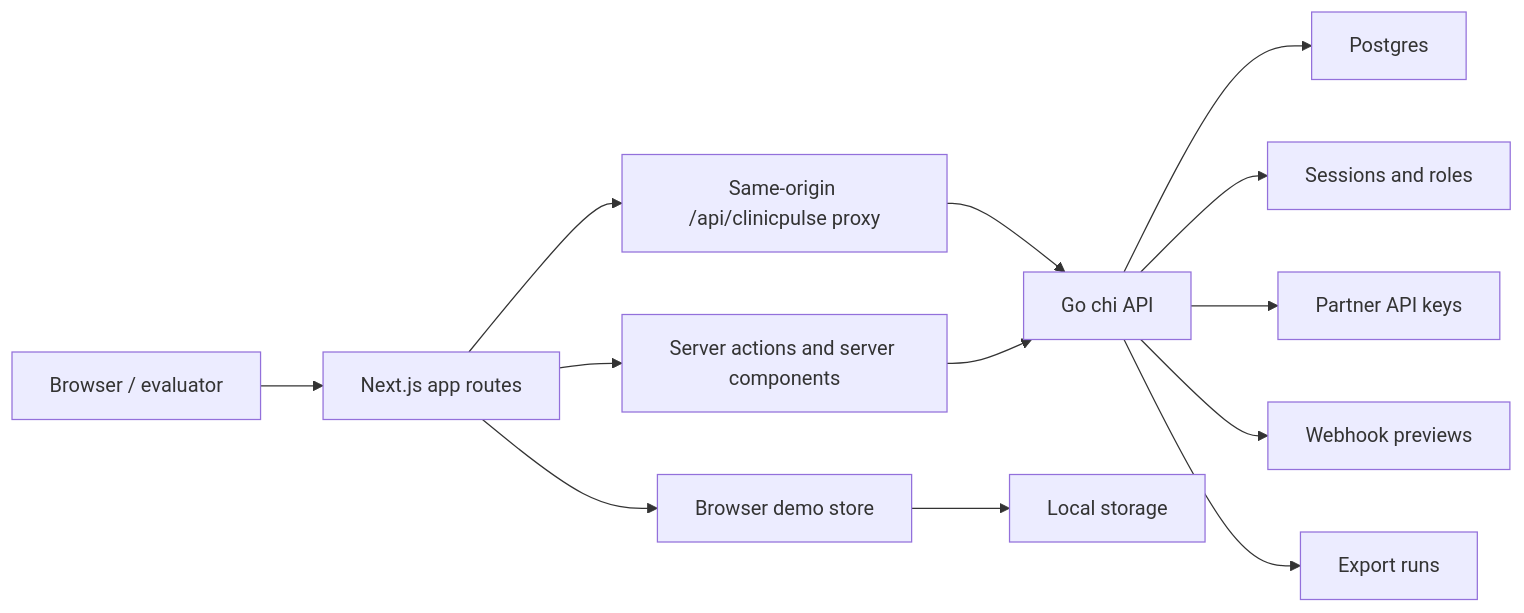
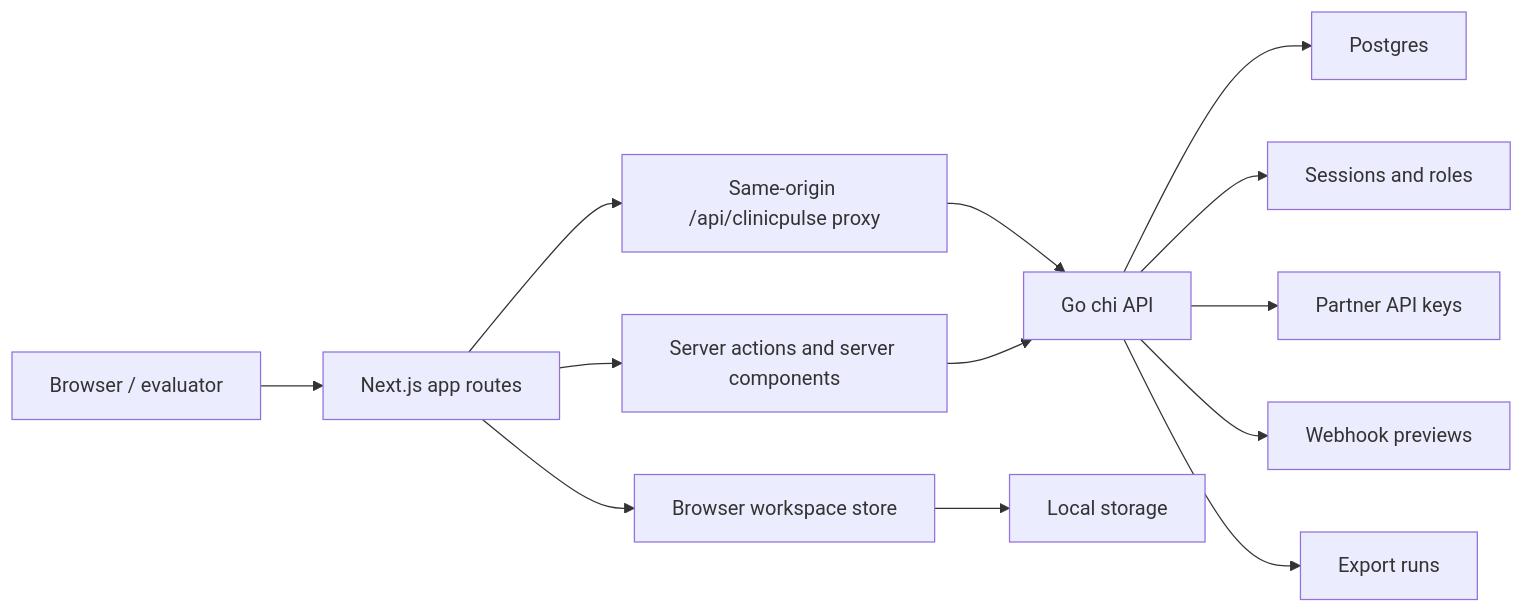
Before and after one commit to nyashahama/clinic-pulse: the diagram in docs/architecture.md, drawn with Mermaid. The commit also changed other lines of this file and 501 other files, not shown here.

````diff
--- a/docs/architecture.md
+++ b/docs/architecture.md
@@ -7,15 +7,15 @@
 ```mermaid
 flowchart LR
   Browser["Browser / evaluator"] --> Next["Next.js app routes"]
   Next --> ServerActions["Server actions and server components"]
   Next --> Proxy["Same-origin /api/clinicpulse proxy"]
   Proxy --> API["Go chi API"]
   ServerActions --> API
   API --> Postgres["Postgres"]
-  Next --> DemoStore["Browser demo store"]
+  Next --> DemoStore["Browser workspace store"]
   DemoStore --> LocalStorage["Local storage"]
   API --> Auth["Sessions and roles"]
   API --> Partner["Partner API keys"]
   API --> Webhooks["Webhook previews"]
   API --> Exports["Export runs"]
 ```
````
